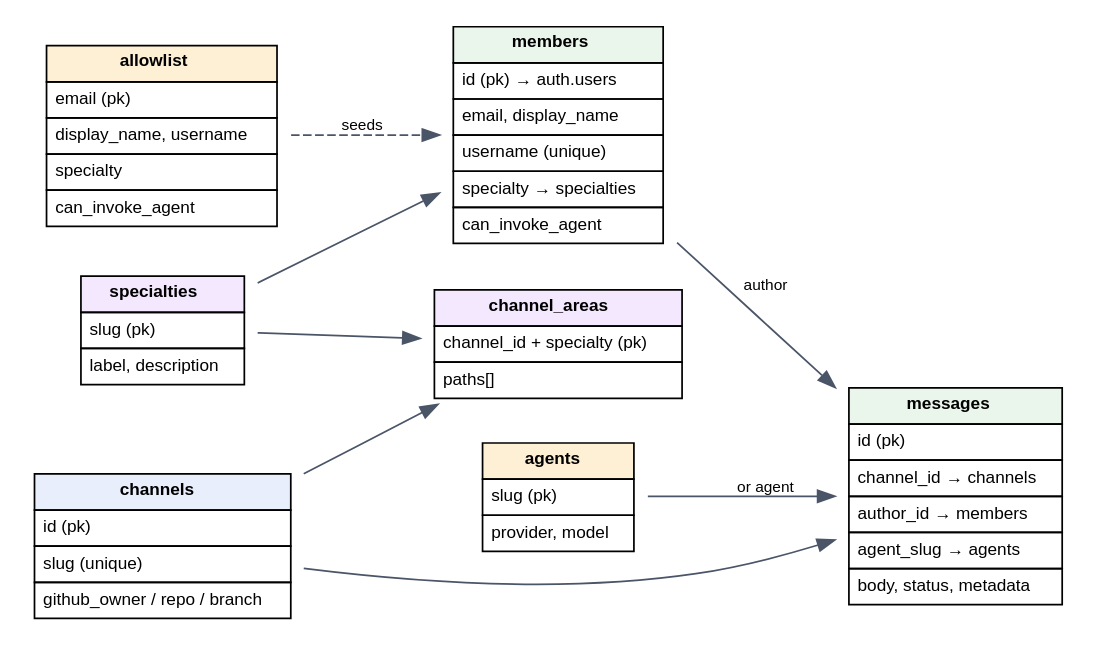
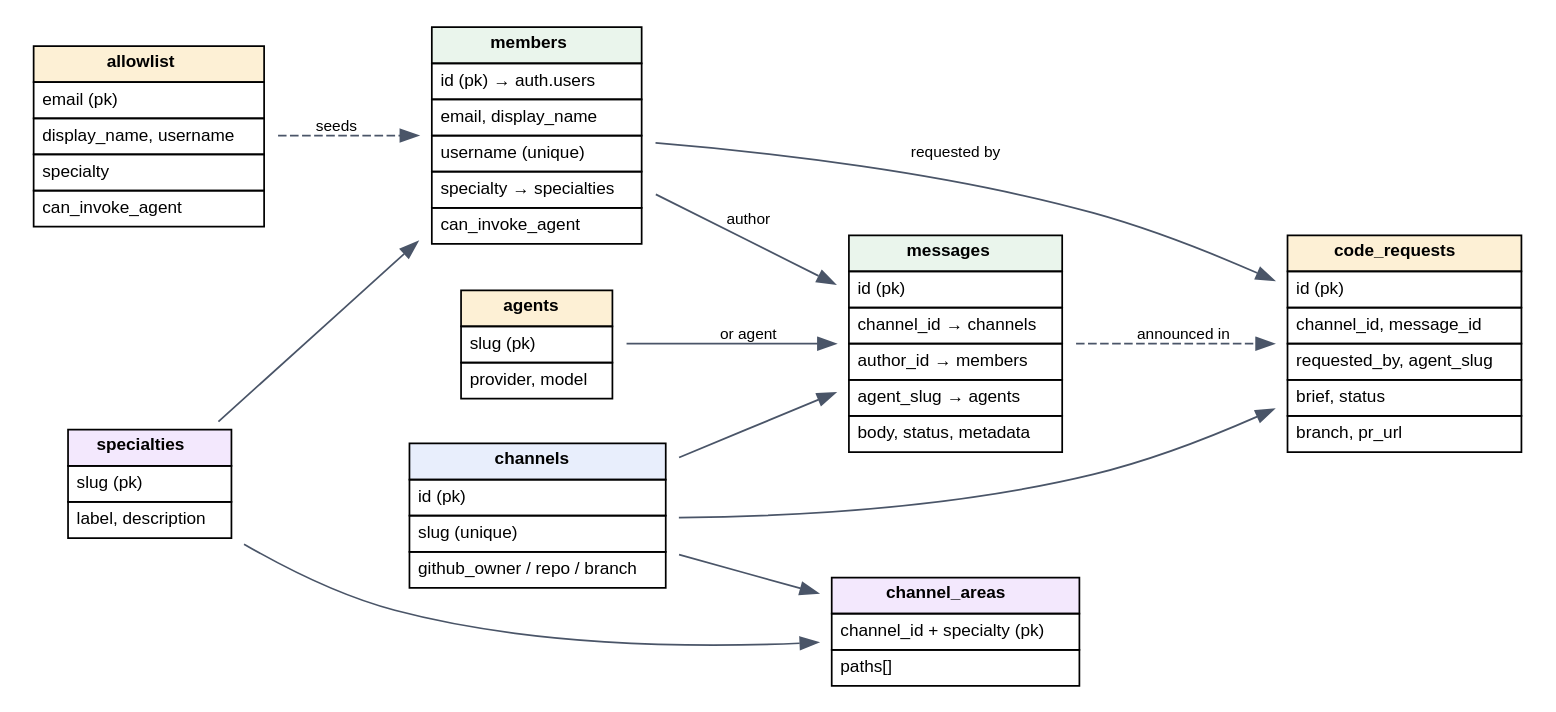
One commit to metaphorz/cat changed the diagram in docs/figures/schema.dot. Above: the diagram before and after it, drawn with Graphviz. The commit also changed 11 other files, not shown here.

```diff
--- a/docs/figures/schema.dot
+++ b/docs/figures/schema.dot
@@ -1,72 +1,86 @@
 digraph schema {
   rankdir=LR;
   bgcolor="white";
   node [shape=plaintext, fontname="Helvetica", fontsize=10];
   edge [color="#4a5568", fontsize=9, fontname="Helvetica"];
 
   allowlist [label=<
     <table border="0" cellborder="1" cellspacing="0" cellpadding="4">
       <tr><td bgcolor="#fdf0d5"><b>allowlist</b></td></tr>
       <tr><td align="left">email (pk)</td></tr>
       <tr><td align="left">display_name, username</td></tr>
       <tr><td align="left">specialty</td></tr>
       <tr><td align="left">can_invoke_agent</td></tr>
     </table>>];
 
   members [label=<
     <table border="0" cellborder="1" cellspacing="0" cellpadding="4">
       <tr><td bgcolor="#eaf5ec"><b>members</b></td></tr>
       <tr><td align="left">id (pk) → auth.users</td></tr>
       <tr><td align="left">email, display_name</td></tr>
       <tr><td align="left">username (unique)</td></tr>
       <tr><td align="left">specialty → specialties</td></tr>
       <tr><td align="left">can_invoke_agent</td></tr>
     </table>>];
 
   specialties [label=<
     <table border="0" cellborder="1" cellspacing="0" cellpadding="4">
       <tr><td bgcolor="#f3e8fd"><b>specialties</b></td></tr>
       <tr><td align="left">slug (pk)</td></tr>
       <tr><td align="left">label, description</td></tr>
     </table>>];
 
   channels [label=<
     <table border="0" cellborder="1" cellspacing="0" cellpadding="4">
       <tr><td bgcolor="#e8eefc"><b>channels</b></td></tr>
       <tr><td align="left">id (pk)</td></tr>
       <tr><td align="left">slug (unique)</td></tr>
       <tr><td align="left">github_owner / repo / branch</td></tr>
     </table>>];
 
   channel_areas [label=<
     <table border="0" cellborder="1" cellspacing="0" cellpadding="4">
       <tr><td bgcolor="#f3e8fd"><b>channel_areas</b></td></tr>
       <tr><td align="left">channel_id + specialty (pk)</td></tr>
       <tr><td align="left">paths[]</td></tr>
     </table>>];
 
   agents [label=<
     <table border="0" cellborder="1" cellspacing="0" cellpadding="4">
       <tr><td bgcolor="#fdf0d5"><b>agents</b></td></tr>
       <tr><td align="left">slug (pk)</td></tr>
       <tr><td align="left">provider, model</td></tr>
     </table>>];
 
   messages [label=<
     <table border="0" cellborder="1" cellspacing="0" cellpadding="4">
       <tr><td bgcolor="#eaf5ec"><b>messages</b></td></tr>
       <tr><td align="left">id (pk)</td></tr>
       <tr><td align="left">channel_id → channels</td></tr>
       <tr><td align="left">author_id → members</td></tr>
       <tr><td align="left">agent_slug → agents</td></tr>
       <tr><td align="left">body, status, metadata</td></tr>
     </table>>];
 
+  code_requests [label=<
+    <table border="0" cellborder="1" cellspacing="0" cellpadding="4">
+      <tr><td bgcolor="#fdf0d5"><b>code_requests</b></td></tr>
+      <tr><td align="left">id (pk)</td></tr>
+      <tr><td align="left">channel_id, message_id</td></tr>
+      <tr><td align="left">requested_by, agent_slug</td></tr>
+      <tr><td align="left">brief, status</td></tr>
+      <tr><td align="left">branch, pr_url</td></tr>
+    </table>>];
+
+  channels -> code_requests;
+  members  -> code_requests [label=" requested by "];
+  messages -> code_requests [style=dashed, label=" announced in "];
+
   allowlist -> members [label=" seeds ", style=dashed];
   specialties -> members;
   specialties -> channel_areas;
   channels -> channel_areas;
   channels -> messages;
   members -> messages [label=" author "];
   agents -> messages [label=" or agent "];
 }
```
